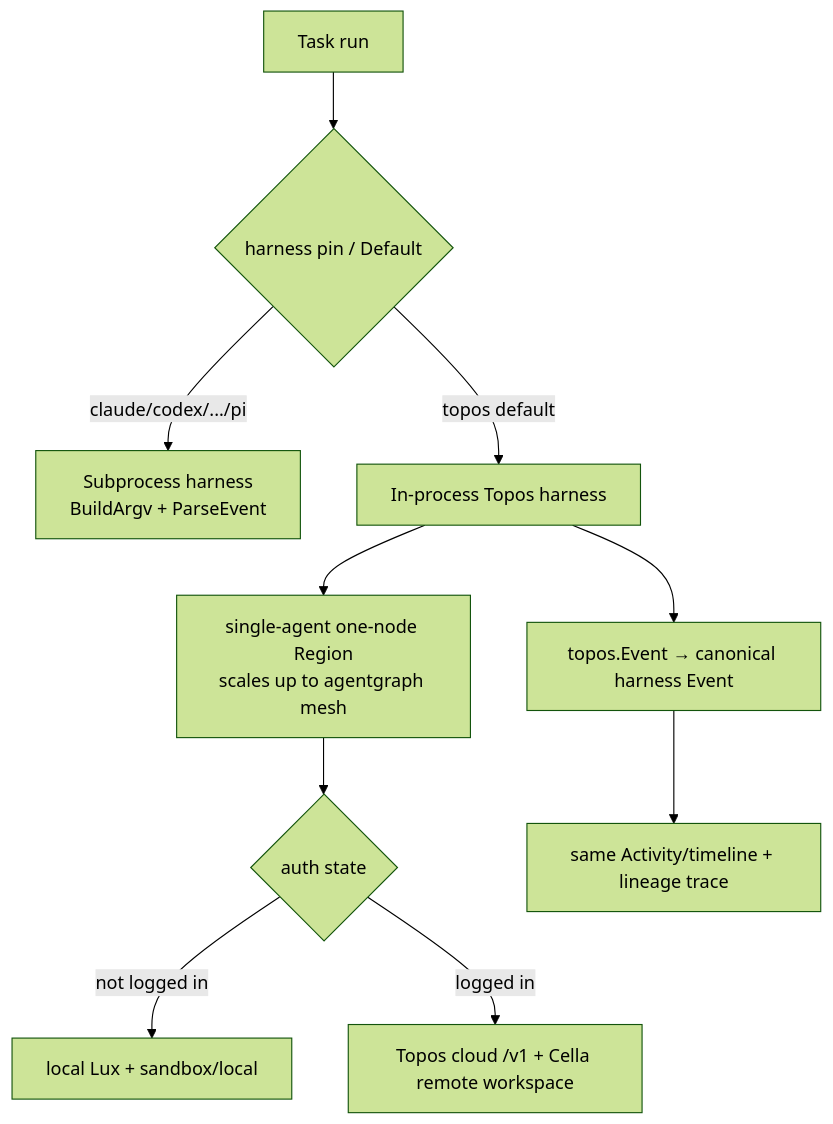
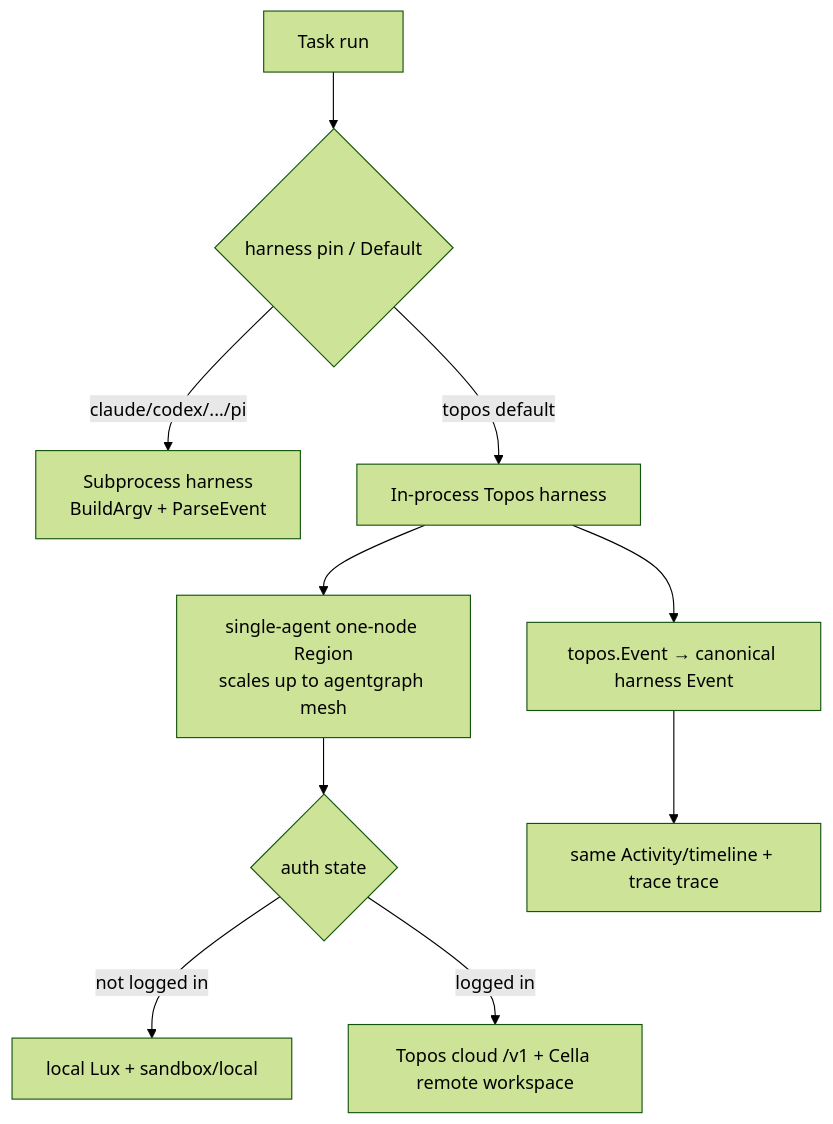
The diagram in specs/shared/topos-native-harness.md (changkun/wallfacer), drawn with Mermaid (forest theme) before and after one commit. The commit also changed other lines of this file and 7 other files, not shown here.

First line of the commit message:
specs: follow the lineage to trace rename

````diff
--- a/specs/shared/topos-native-harness.md
+++ b/specs/shared/topos-native-harness.md
@@ -94,11 +94,11 @@
 ```mermaid
 flowchart TD
   task[Task run] --> resolve{harness pin / Default}
   resolve -->|claude/codex/.../pi| cli[Subprocess harness<br/>BuildArgv + ParseEvent]
   resolve -->|topos default| topos[In-process Topos harness]
   topos --> region[single-agent one-node Region<br/>scales up to agentgraph mesh]
   region --> mode{auth state}
   mode -->|not logged in| local[local Lux + sandbox/local]
   mode -->|logged in| cloud[Topos cloud /v1 + Cella remote workspace]
-  topos --> ev[topos.Event → canonical harness Event] --> stream[same Activity/timeline + lineage trace]
+  topos --> ev[topos.Event → canonical harness Event] --> stream[same Activity/timeline + trace trace]
 ```
````
